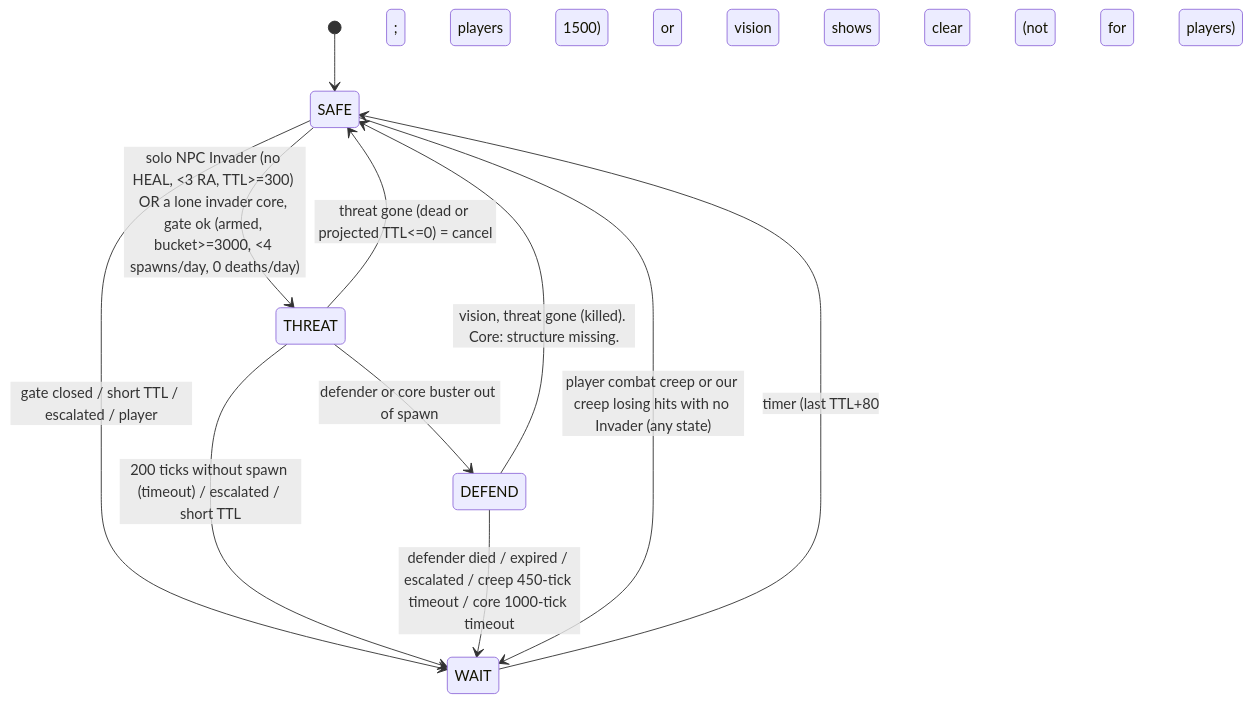
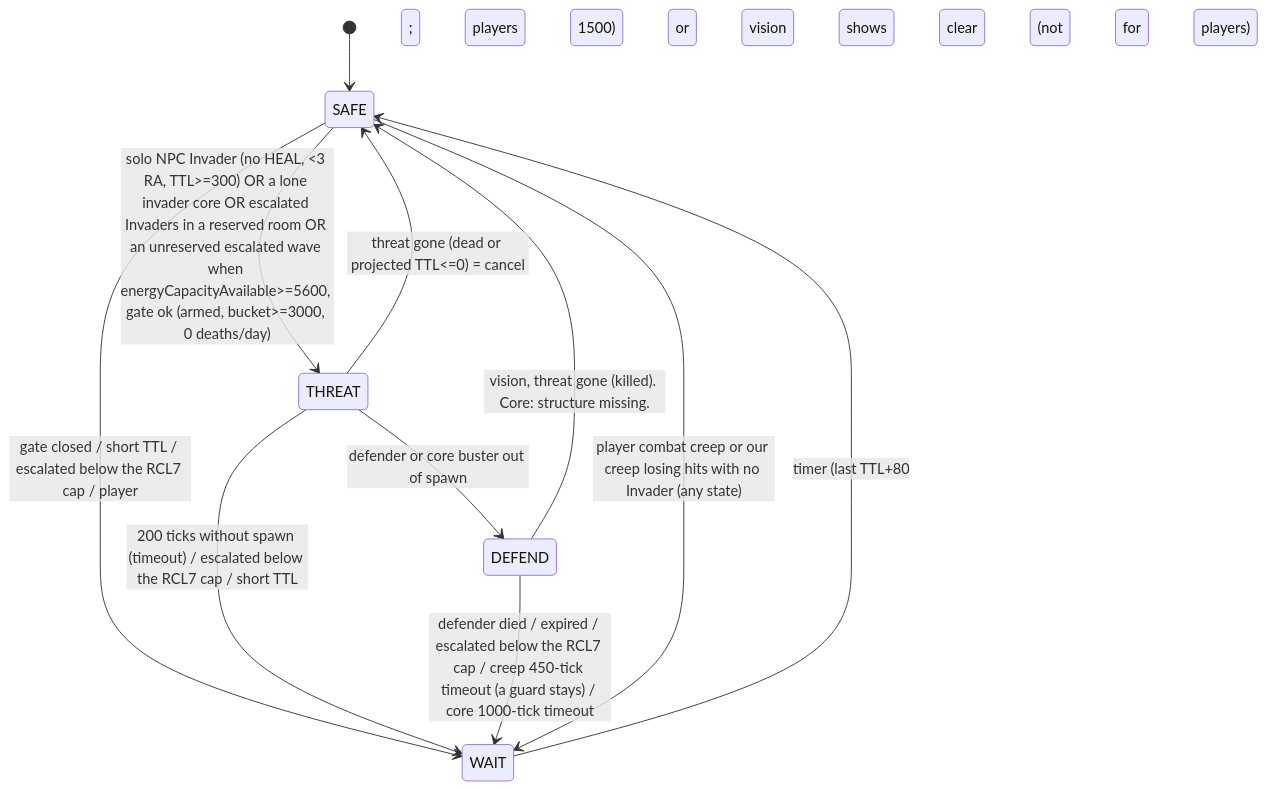
One commit to Misaki030112/screeps changed the diagram in docs/DEFENDER.md. Above: the diagram before and after it, drawn with Mermaid. The commit also changed other lines of this file and 3 other files, not shown here.

First line of the commit message:
Fight unreserved escalated Invaders once the RCL7 max body fits.

````diff
--- a/docs/DEFENDER.md
+++ b/docs/DEFENDER.md
@@ -85,13 +87,13 @@
 ```mermaid
 stateDiagram-v2
   [*] --> SAFE
-  SAFE --> THREAT: solo NPC Invader (no HEAL, <3 RA, TTL>=300) OR a lone invader core, gate ok (armed, bucket>=3000, <4 spawns/day, 0 deaths/day)
-  SAFE --> WAIT: gate closed / short TTL / escalated / player
+  SAFE --> THREAT: solo NPC Invader (no HEAL, <3 RA, TTL>=300) OR a lone invader core OR escalated Invaders in a reserved room OR an unreserved escalated wave when energyCapacityAvailable>=5600, gate ok (armed, bucket>=3000, 0 deaths/day)
+  SAFE --> WAIT: gate closed / short TTL / escalated below the RCL7 cap / player
   THREAT --> DEFEND: defender or core buster out of spawn
   THREAT --> SAFE: threat gone (dead or projected TTL<=0) = cancel
-  THREAT --> WAIT: 200 ticks without spawn (timeout) / escalated / short TTL
+  THREAT --> WAIT: 200 ticks without spawn (timeout) / escalated below the RCL7 cap / short TTL
   DEFEND --> SAFE: vision, threat gone (killed). Core: structure missing.
-  DEFEND --> WAIT: defender died / expired / escalated / creep 450-tick timeout / core 1000-tick timeout
+  DEFEND --> WAIT: defender died / expired / escalated below the RCL7 cap / creep 450-tick timeout (a guard stays) / core 1000-tick timeout
   WAIT --> SAFE: timer (last TTL+80; players 1500) or vision shows clear (not for players)
   SAFE --> WAIT: player combat creep or our creep losing hits with no Invader (any state)
 ```
````
